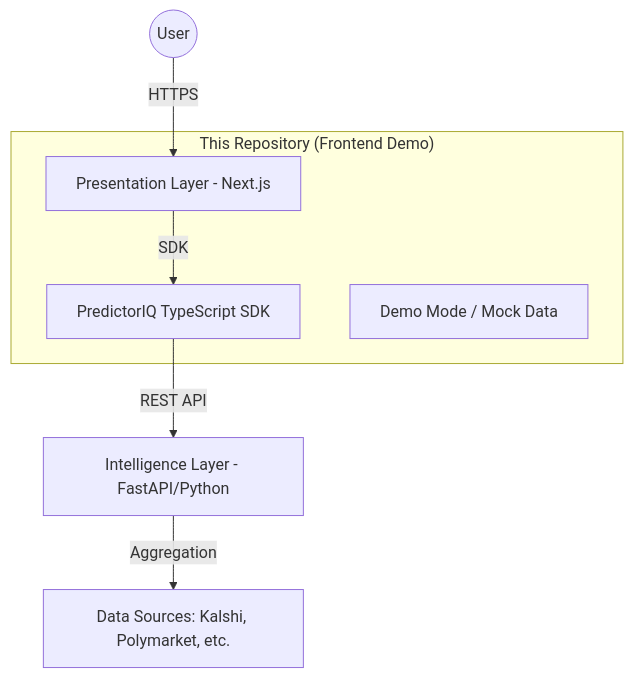
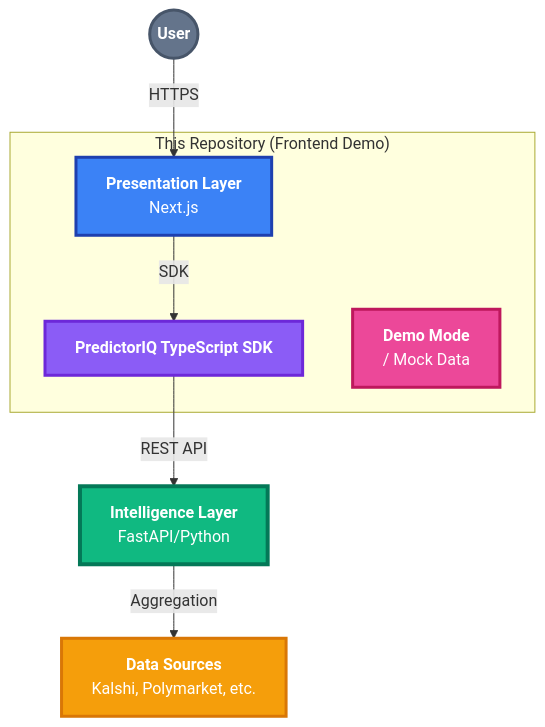
Before and after one commit to nelsonjingusc/predictoriq-demo: the first of 4 diagrams in docs/ARCHITECTURE_OVERVIEW.md, drawn with Mermaid. The commit also changed other lines of this file and 3 other files, not shown here.

Commit message:
update to new version with improved diagram and docs

````diff
--- a/docs/ARCHITECTURE_OVERVIEW.md
+++ b/docs/ARCHITECTURE_OVERVIEW.md
@@ -9,13 +9,20 @@
 ```mermaid
 graph TD
-    User((User)) -->|HTTPS| Presentation[Presentation Layer - Next.js]
-    Presentation -->|SDK| SDK[PredictorIQ TypeScript SDK]
-    SDK -->|REST API| Intelligence[Intelligence Layer - FastAPI/Python]
-    Intelligence -->|Aggregation| Sources[Data Sources: Kalshi, Polymarket, etc.]
+    User((<b>User</b>)) -->|HTTPS| Presentation["<b>Presentation Layer</b><br/>Next.js"]
+    Presentation -->|SDK| SDK["<b>PredictorIQ TypeScript SDK</b>"]
+    SDK -->|REST API| Intelligence["<b>Intelligence Layer</b><br/>FastAPI/Python"]
+    Intelligence -->|Aggregation| Sources["<b>Data Sources</b><br/>Kalshi, Polymarket, etc."]
     
     subgraph "This Repository (Frontend Demo)"
         Presentation
         SDK
-        DemoMode[Demo Mode / Mock Data]
+        DemoMode["<b>Demo Mode</b><br/>/ Mock Data"]
     end
+    
+    style User fill:#64748B,stroke:#475569,stroke-width:3px,color:#FFFFFF
+    style Presentation fill:#3B82F6,stroke:#1E40AF,stroke-width:3px,color:#FFFFFF
+    style SDK fill:#8B5CF6,stroke:#6D28D9,stroke-width:3px,color:#FFFFFF
+    style Intelligence fill:#10B981,stroke:#047857,stroke-width:4px,color:#FFFFFF
+    style Sources fill:#F59E0B,stroke:#D97706,stroke-width:3px,color:#FFFFFF
+    style DemoMode fill:#EC4899,stroke:#BE185D,stroke-width:3px,color:#FFFFFF
 ```
````
